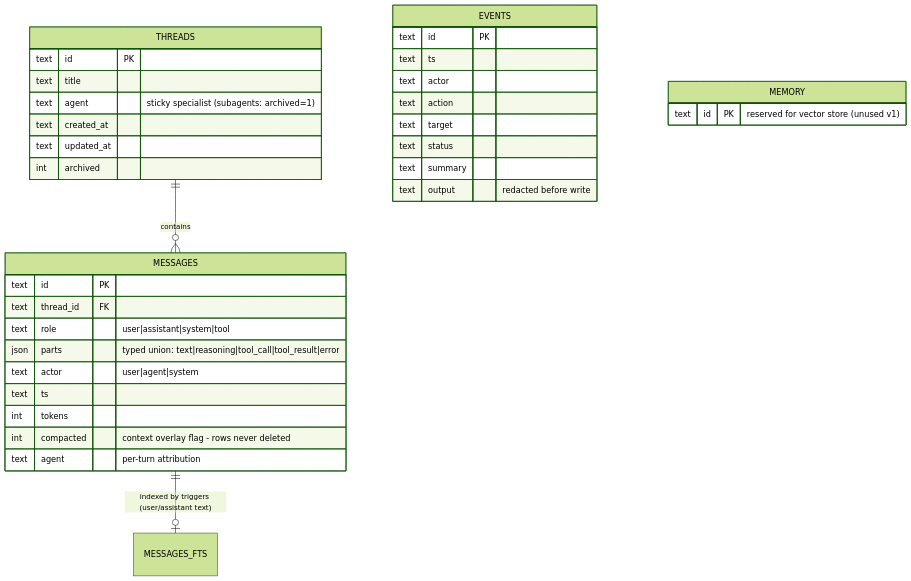
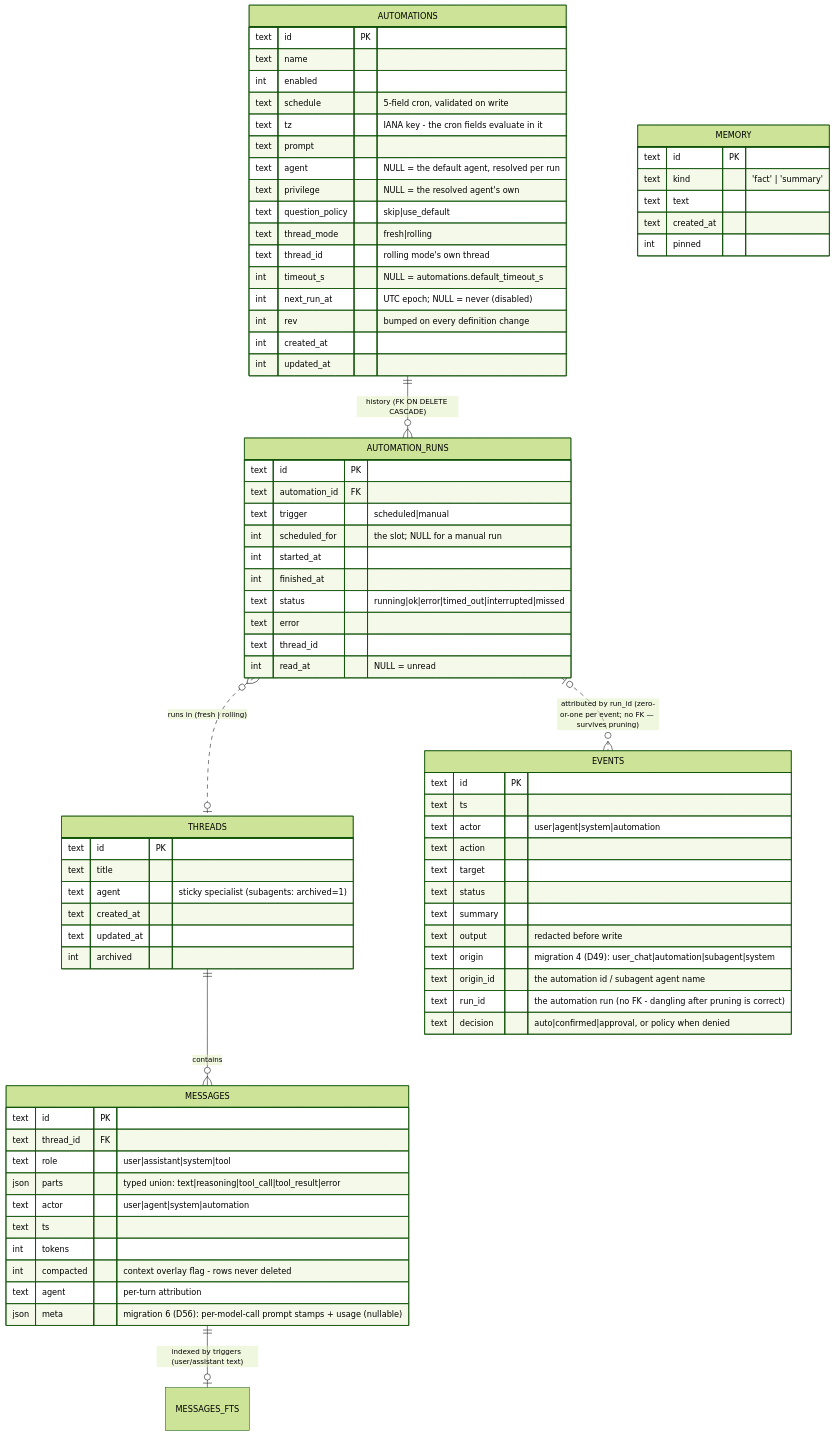
The tenth of 11 diagrams in docs/SPEC.md (nengoxx/ctrl-b), drawn with Mermaid (forest theme) before and after one commit. The commit also changed other lines of this file and 17 other files, not shown here.

````diff
--- a/docs/SPEC.md
+++ b/docs/SPEC.md
@@ -356,37 +373,79 @@
 ```mermaid
 erDiagram
     THREADS ||--o{ MESSAGES : contains
     MESSAGES ||--o| MESSAGES_FTS : "indexed by triggers (user/assistant text)"
+    AUTOMATIONS ||--o{ AUTOMATION_RUNS : "history (FK ON DELETE CASCADE)"
+    AUTOMATION_RUNS }o..o| THREADS : "runs in (fresh | rolling)"
+    AUTOMATION_RUNS |o..o{ EVENTS : "attributed by run_id (zero-or-one per event; no FK — survives pruning)"
     THREADS {
         text id PK
         text title
         text agent "sticky specialist (subagents: archived=1)"
         text created_at
         text updated_at
         int archived
     }
     MESSAGES {
         text id PK
         text thread_id FK
         text role "user|assistant|system|tool"
         json parts "typed union: text|reasoning|tool_call|tool_result|error"
-        text actor "user|agent|system"
+        text actor "user|agent|system|automation"
         text ts
         int tokens
         int compacted "context overlay flag - rows never deleted"
         text agent "per-turn attribution"
+        json meta "migration 6 (D56): per-model-call prompt stamps + usage (nullable)"
     }
     EVENTS {
         text id PK
         text ts
-        text actor
+        text actor "user|agent|system|automation"
         text action
         text target
         text status
         text summary
         text output "redacted before write"
+        text origin "migration 4 (D49): user_chat|automation|subagent|system"
+        text origin_id "the automation id / subagent agent name"
+        text run_id "the automation run (no FK - dangling after pruning is correct)"
+        text decision "auto|confirmed|approval, or policy when denied"
+    }
+    AUTOMATIONS {
+        text id PK
+        text name
+        int enabled
+        text schedule "5-field cron, validated on write"
+        text tz "IANA key - the cron fields evaluate in it"
+        text prompt
+        text agent "NULL = the default agent, resolved per run"
+        text privilege "NULL = the resolved agent's own"
+        text question_policy "skip|use_default"
+        text thread_mode "fresh|rolling"
+        text thread_id "rolling mode's own thread"
+        int timeout_s "NULL = automations.default_timeout_s"
+        int next_run_at "UTC epoch; NULL = never (disabled)"
+        int rev "bumped on every definition change"
+        int created_at
+        int updated_at
+    }
+    AUTOMATION_RUNS {
+        text id PK
+        text automation_id FK
+        text trigger "scheduled|manual"
+        int scheduled_for "the slot; NULL for a manual run"
+        int started_at
+        int finished_at
+        text status "running|ok|error|timed_out|interrupted|missed"
+        text error
+        text thread_id
+        int read_at "NULL = unread"
     }
     MEMORY {
-        text id PK "reserved for vector store (unused v1)"
+        text id PK
+        text kind "'fact' | 'summary'"
+        text text
+        text created_at
+        int pinned
     }
 ```
````
